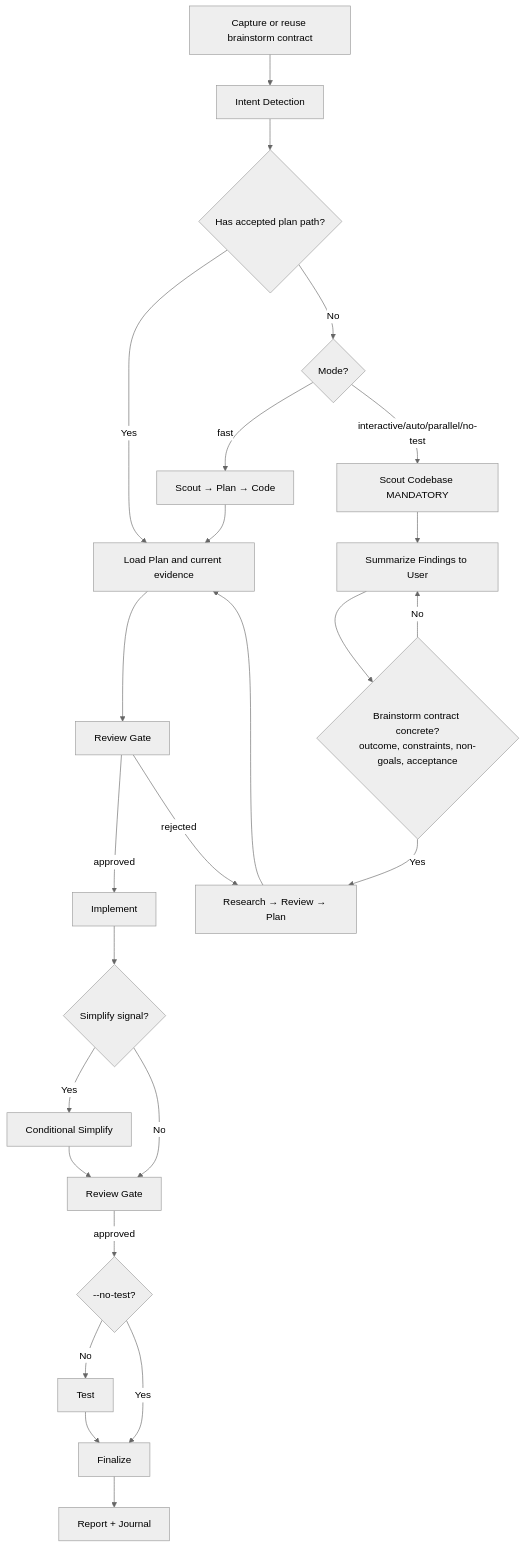
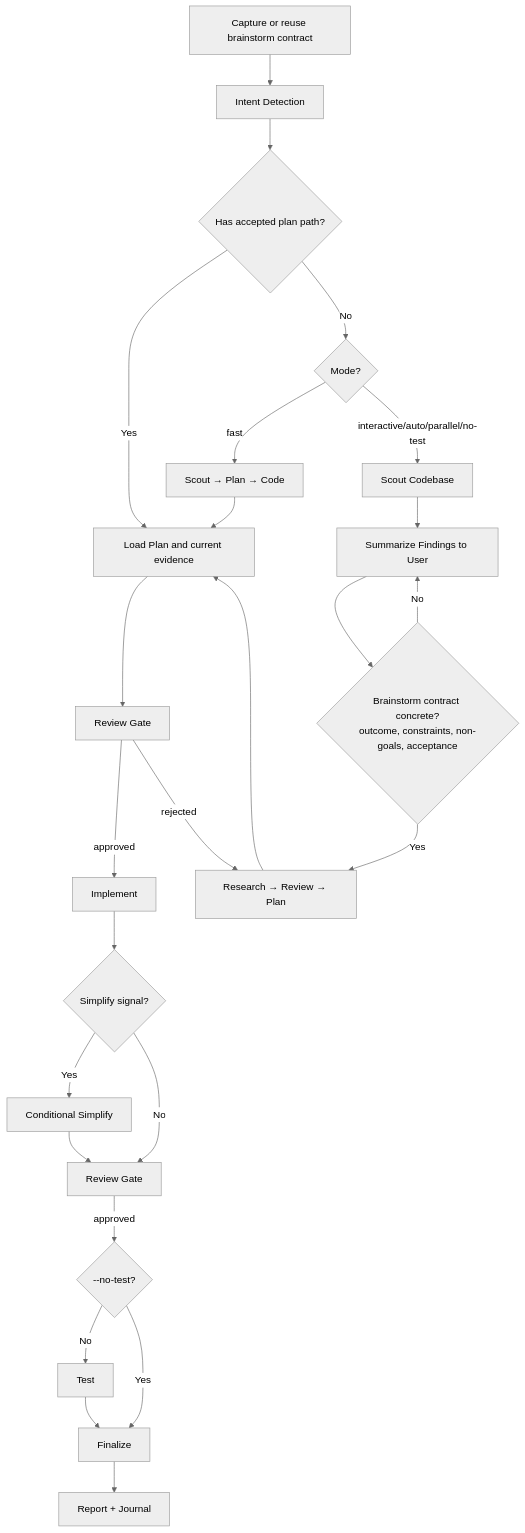
The diagram in .claude/skills/ak-cook/SKILL.md (quanganh208/chatofy), drawn with Mermaid (neutral theme) before and after one commit. The commit also changed other lines of this file and 247 other files, not shown here.

````diff
--- a/.claude/skills/ak-cook/SKILL.md
+++ b/.claude/skills/ak-cook/SKILL.md
@@ -168,27 +190,27 @@
 ```mermaid
 flowchart TD
     A[Capture or reuse brainstorm contract] --> A2[Intent Detection]
     A2 --> B{Has accepted plan path?}
     B -->|Yes| F[Load Plan and current evidence]
     B -->|No| C{Mode?}
     C -->|fast| D[Scout → Plan → Code]
-    C -->|interactive/auto/parallel/no-test| SC[Scout Codebase MANDATORY]
+    C -->|interactive/auto/parallel/no-test| SC[Scout Codebase]
     SC --> SR[Summarize Findings to User]
     SR --> RQ{Brainstorm contract concrete?<br/>outcome, constraints, non-goals, acceptance}
     RQ -->|No| SR
     RQ -->|Yes| E[Research → Review → Plan]
     E --> F
     D --> F
     F --> G[Review Gate]
     G -->|approved| H[Implement]
     G -->|rejected| E
     H --> H1{Simplify signal?}
     H1 -->|Yes| H2[Conditional Simplify]
     H1 -->|No| I[Review Gate]
     H2 --> I
     I -->|approved| J{--no-test?}
     J -->|No| K[Test]
     J -->|Yes| L[Finalize]
     K --> L
     L --> M[Report + Journal]
 ```
````
